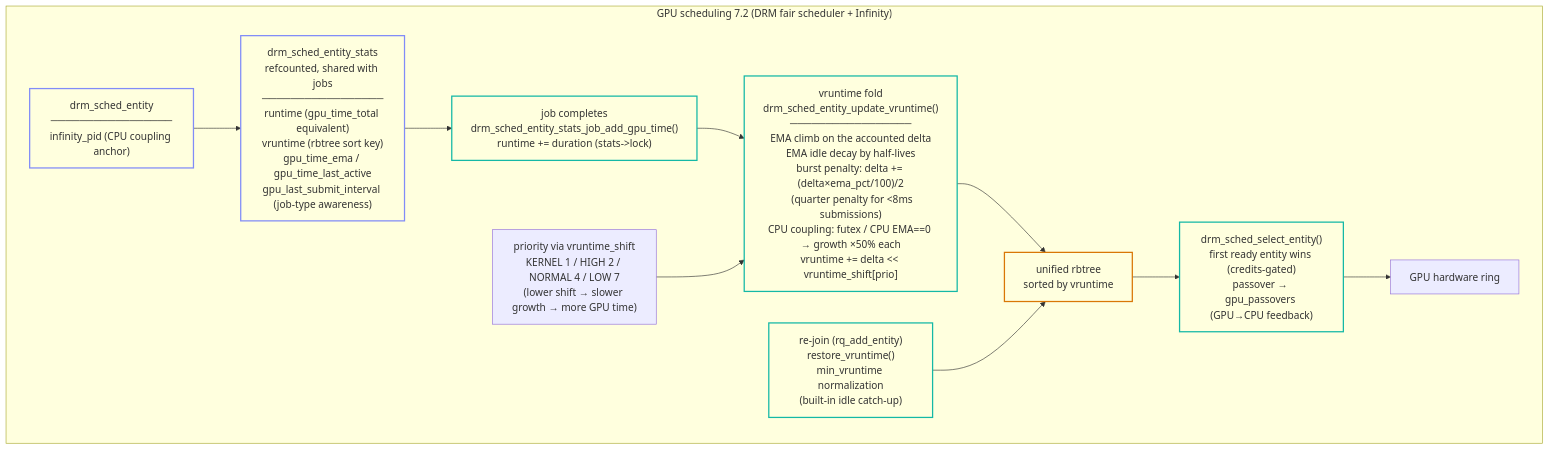
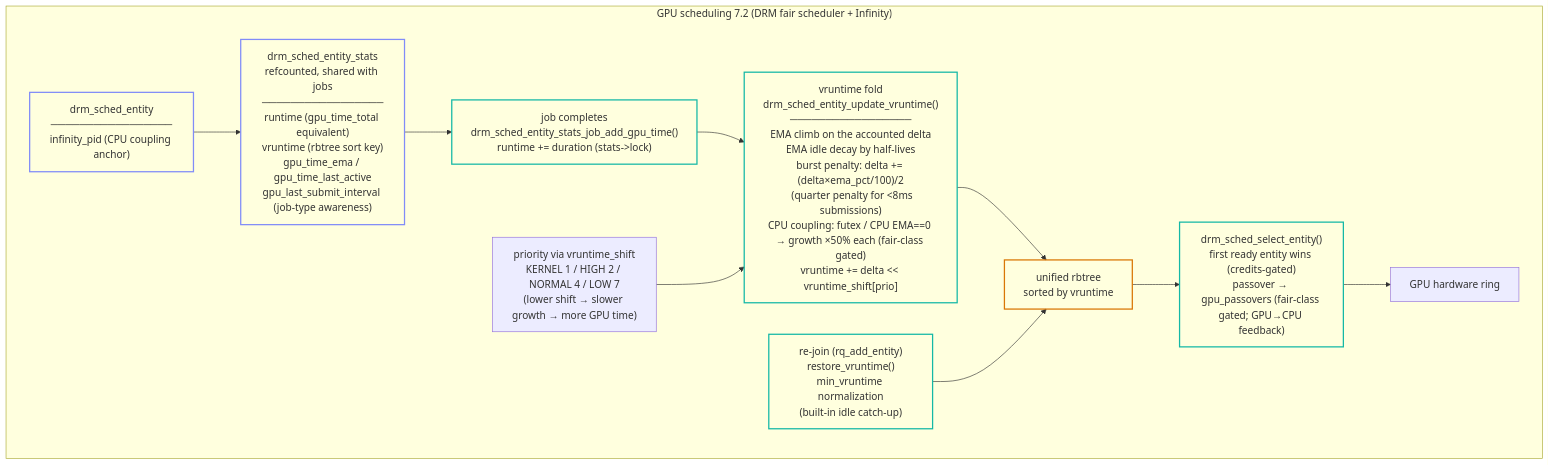
Before and after one commit to galpt/infinity-scheduler: the third of 3 diagrams in README.md, drawn with Mermaid. The commit also changed other lines of this file, not shown here.

First line of the commit message:
README: tighten the diagram notes for v4.8

````diff
--- a/README.md
+++ b/README.md
@@ -183,62 +184,62 @@
 ```mermaid
 flowchart TB
     classDef ent fill:#0000,stroke:#818cf8,stroke-width:2
     classDef algo fill:#0000,stroke:#14b8a6,stroke-width:2
     classDef dec fill:#0000,stroke:#d97706,stroke-width:2
 
     subgraph GPU72["GPU scheduling 7.2 (DRM fair scheduler + Infinity)"]
         ENTITY["drm_sched_entity
 ─────────────────
 infinity_pid (CPU coupling anchor)"]
         class ENTITY ent
 
         ENTITY --> STATS["drm_sched_entity_stats
 refcounted, shared with jobs
 ─────────────────
 runtime (gpu_time_total equivalent)
 vruntime (rbtree sort key)
 gpu_time_ema / gpu_time_last_active
 gpu_last_submit_interval (job-type awareness)"]
         class STATS ent
 
         STATS --> DONE["job completes
 drm_sched_entity_stats_job_add_gpu_time()
 runtime += duration (stats->lock)"]
         class DONE algo
 
         DONE --> FOLD["vruntime fold
 drm_sched_entity_update_vruntime()
 ─────────────────
 EMA climb on the accounted delta
 EMA idle decay by half-lives
 burst penalty: delta += (delta×ema_pct/100)/2
   (quarter penalty for <8ms submissions)
-CPU coupling: futex / CPU EMA==0 → growth ×50% each
+CPU coupling: futex / CPU EMA==0 → growth ×50% each (fair-class gated)
 vruntime += delta << vruntime_shift[prio]"]
         class FOLD algo
 
         PRIO["priority via vruntime_shift
 KERNEL 1 / HIGH 2 / NORMAL 4 / LOW 7
 (lower shift → slower growth → more GPU time)"]
 
         PRIO --> FOLD
         FOLD --> QUEUE["unified rbtree
 sorted by vruntime"]
         class QUEUE dec
 
         REJOIN["re-join (rq_add_entity)
 restore_vruntime()
 min_vruntime normalization
 (built-in idle catch-up)"]
         class REJOIN algo
 
         REJOIN --> QUEUE
 
         QUEUE --> SELECT["drm_sched_select_entity()
 first ready entity wins (credits-gated)
-passover → gpu_passovers (GPU→CPU feedback)"]
+passover → gpu_passovers (fair-class gated; GPU→CPU feedback)"]
         class SELECT algo
 
         SELECT --> HW["GPU hardware ring"]
     end
 ```
````
